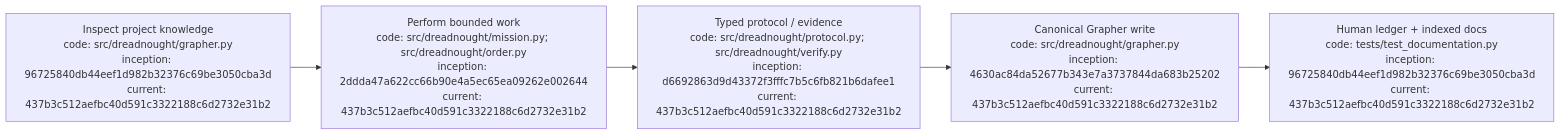
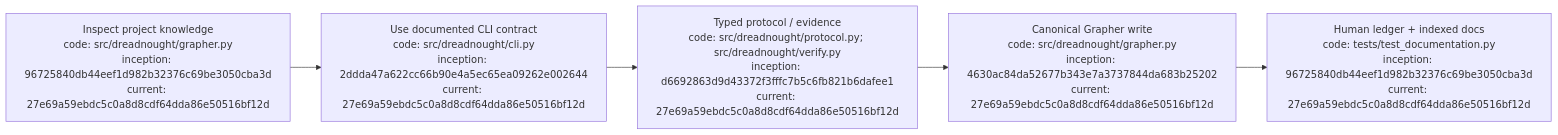
One commit to seanbman/dreadnought changed the diagram in AGENTS.md. Above: the diagram before and after it, drawn with Mermaid. The commit also changed other lines of this file, not shown here.

Commit message:
docs: direct agents to CLI usage contract

````diff
--- a/AGENTS.md
+++ b/AGENTS.md
@@ -29,7 +34,7 @@
 ```mermaid
 flowchart LR
-    I["Inspect project knowledge\ncode: src/dreadnought/grapher.py\ninception: 96725840db44eef1d982b32376c69be3050cba3d\ncurrent: 437b3c512aefbc40d591c3322188c6d2732e31b2"] --> W["Perform bounded work\ncode: src/dreadnought/mission.py; src/dreadnought/order.py\ninception: 2ddda47a622cc66b90e4a5ec65ea09262e002644\ncurrent: 437b3c512aefbc40d591c3322188c6d2732e31b2"]
-    W --> P["Typed protocol / evidence\ncode: src/dreadnought/protocol.py; src/dreadnought/verify.py\ninception: d6692863d9d43372f3fffc7b5c6fb821b6dafee1\ncurrent: 437b3c512aefbc40d591c3322188c6d2732e31b2"]
-    P --> G["Canonical Grapher write\ncode: src/dreadnought/grapher.py\ninception: 4630ac84da52677b343e7a3737844da683b25202\ncurrent: 437b3c512aefbc40d591c3322188c6d2732e31b2"]
-    G --> D["Human ledger + indexed docs\ncode: tests/test_documentation.py\ninception: 96725840db44eef1d982b32376c69be3050cba3d\ncurrent: 437b3c512aefbc40d591c3322188c6d2732e31b2"]
+    I["Inspect project knowledge\ncode: src/dreadnought/grapher.py\ninception: 96725840db44eef1d982b32376c69be3050cba3d\ncurrent: 27e69a59ebdc5c0a8d8cdf64dda86e50516bf12d"] --> W["Use documented CLI contract\ncode: src/dreadnought/cli.py\ninception: 2ddda47a622cc66b90e4a5ec65ea09262e002644\ncurrent: 27e69a59ebdc5c0a8d8cdf64dda86e50516bf12d"]
+    W --> P["Typed protocol / evidence\ncode: src/dreadnought/protocol.py; src/dreadnought/verify.py\ninception: d6692863d9d43372f3fffc7b5c6fb821b6dafee1\ncurrent: 27e69a59ebdc5c0a8d8cdf64dda86e50516bf12d"]
+    P --> G["Canonical Grapher write\ncode: src/dreadnought/grapher.py\ninception: 4630ac84da52677b343e7a3737844da683b25202\ncurrent: 27e69a59ebdc5c0a8d8cdf64dda86e50516bf12d"]
+    G --> D["Human ledger + indexed docs\ncode: tests/test_documentation.py\ninception: 96725840db44eef1d982b32376c69be3050cba3d\ncurrent: 27e69a59ebdc5c0a8d8cdf64dda86e50516bf12d"]
 ```
````
